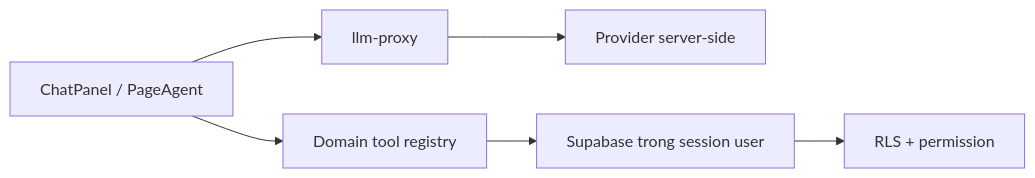
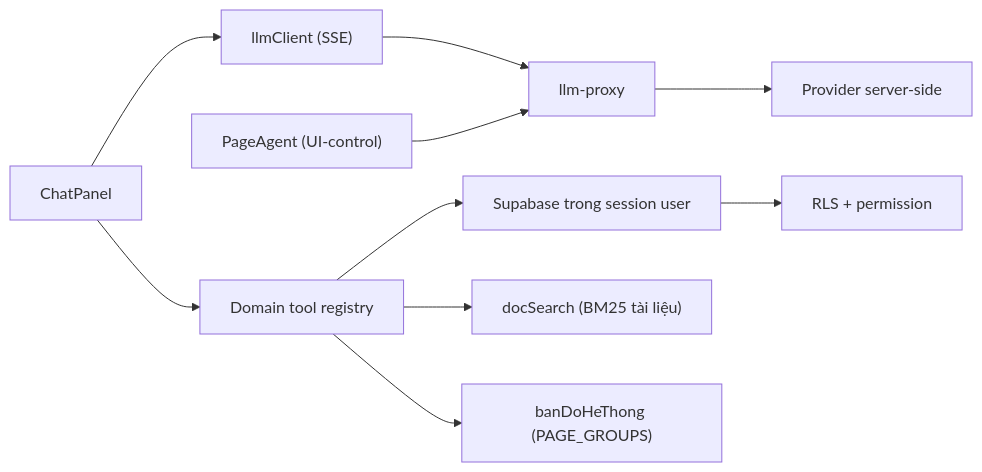
Before and after one commit to zxGreenxz/whiteboard-ihomecrm: the diagram in docs/he-thong/21-ai-copilot.md, drawn with Mermaid. The commit also changed other lines of this file and 2 other files, not shown here.

First line of the commit message:
docs(copilot): viết lại tài liệu tự mô tả cho khớp thứ vừa dựng

````diff
--- a/docs/he-thong/21-ai-copilot.md
+++ b/docs/he-thong/21-ai-copilot.md
@@ -9,8 +9,12 @@
 ```mermaid
 flowchart LR
-  U["ChatPanel / PageAgent"] --> P["llm-proxy"]
+  U["ChatPanel"] --> C["llmClient (SSE)"]
+  C --> P["llm-proxy"]
+  PA["PageAgent (UI-control)"] --> P
   P --> L["Provider server-side"]
   U --> T["Domain tool registry"]
   T --> S["Supabase trong session user"]
+  T --> D["docSearch (BM25 tài liệu)"]
+  T --> B["banDoHeThong (PAGE_GROUPS)"]
   S --> R["RLS + permission"]
 ```
````
